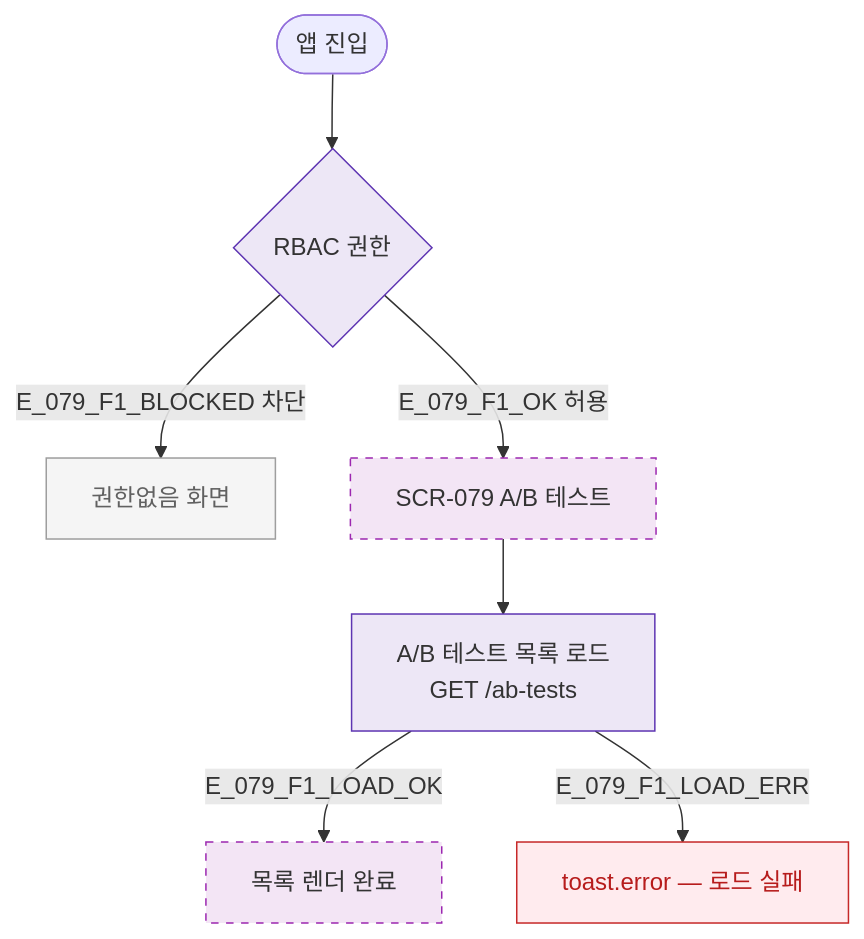
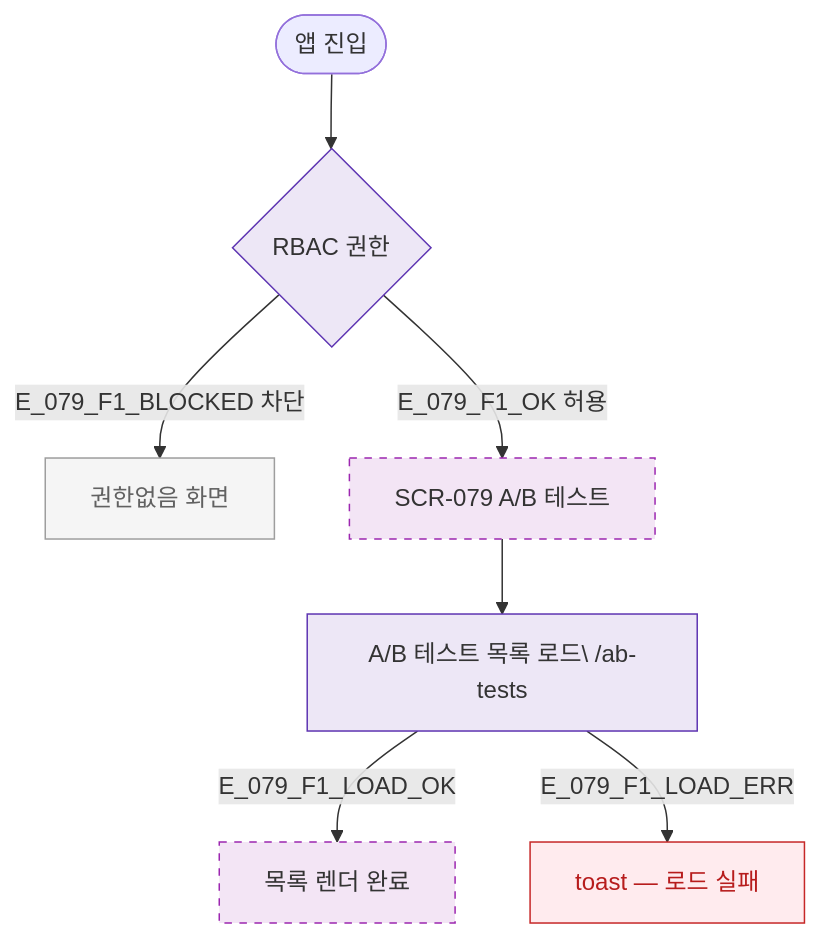
Before and after one commit to dev-spogym/admin-pando: the diagram in docs/다이어그램/D08_마케팅/SCR-079_AB테스트/F1_진입플로우.md, drawn with Mermaid. The commit also changed other lines of this file and 1660 other files, not shown here.

First line of the commit message:
다이어그램: 기획자/클라이언트 납품본으로 정리

````diff
--- a/docs/다이어그램/D08_마케팅/SCR-079_AB테스트/F1_진입플로우.md
+++ b/docs/다이어그램/D08_마케팅/SCR-079_AB테스트/F1_진입플로우.md
@@ -14,20 +12,20 @@
 ```mermaid
 flowchart TD
   START([앱 진입]) --> AUTH{RBAC 권한}
-  AUTH -->|E_079_F1_BLOCKED 차단| BLOCKED[권한없음 화면]
-  AUTH -->|E_079_F1_OK 허용| SCR_079[SCR-079 A/B 테스트]
+  AUTH -->|E_079_F1_BLOCKED 차단|BLOCKED[권한없음 화면]
+  AUTH -->|E_079_F1_OK 허용|SCR_079[SCR-079 A/B 테스트]
 
-  SCR_079 --> LOAD[A/B 테스트 목록 로드\nGET /ab-tests]
-  LOAD -->|E_079_F1_LOAD_OK| READY[목록 렌더 완료]
-  LOAD -->|E_079_F1_LOAD_ERR| ERR[toast.error — 로드 실패]
+  SCR_079 --> LOAD[A/B 테스트 목록 로드\ /ab-tests]
+  LOAD -->|E_079_F1_LOAD_OK|READY[목록 렌더 완료]
+  LOAD -->|E_079_F1_LOAD_ERR|ERR[toast — 로드 실패]
 
-  classDef newFeature  fill:#F3E5F5,stroke:#9C27B0,stroke-dasharray:5 5
-  classDef error       fill:#FFEBEE,stroke:#C62828,color:#B71C1C
+  classDef newFeature fill:#F3E5F5,stroke:#9C27B0,stroke-dasharray:5 5
+  classDef error fill:#FFEBEE,stroke:#C62828,color:#B71C1C
   classDef rbacBlocked fill:#F5F5F5,stroke:#9E9E9E,color:#616161
-  classDef system      fill:#EDE7F6,stroke:#5E35B2
+  classDef system fill:#EDE7F6,stroke:#5E35B2
 
   class SCR_079,READY newFeature
   class BLOCKED rbacBlocked
   class ERR error
   class AUTH,LOAD system
 ```
````
